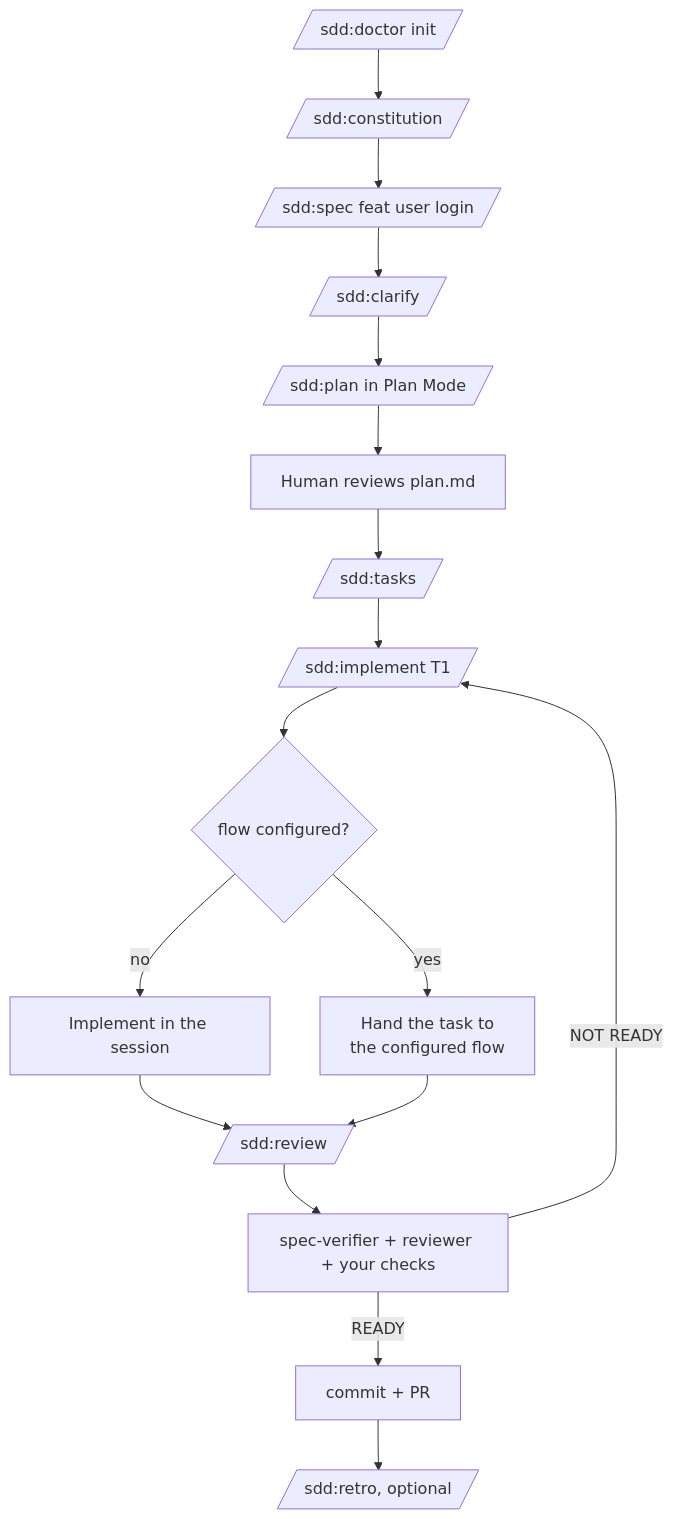
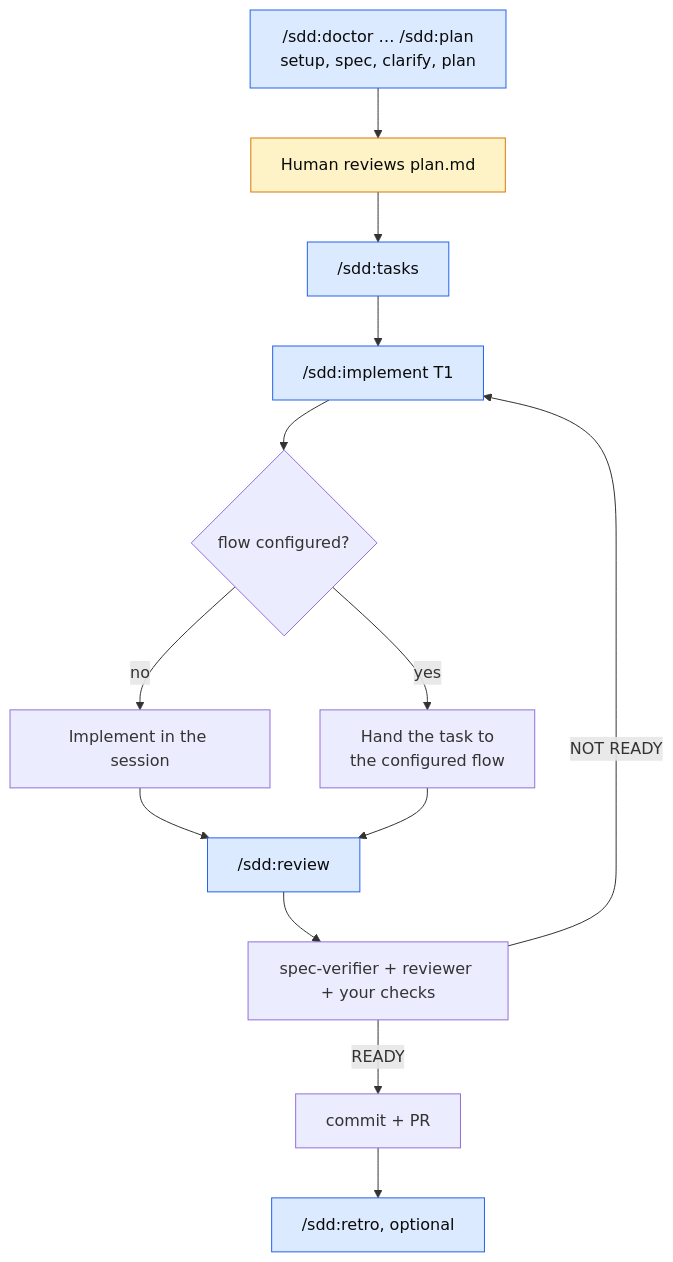
The first of 2 diagrams in docs/src/content/docs/concepts/workflow.mdx (JanSzewczyk/spec-driven-development), drawn with Mermaid before and after one commit. The commit also changed 6 other files, not shown here.

Commit message:
docs: replace status diagrams with a visual lifecycle component, fix flowchart labels

````diff
--- a/docs/src/content/docs/concepts/workflow.mdx
+++ b/docs/src/content/docs/concepts/workflow.mdx
@@ -11,19 +11,19 @@
 ```mermaid
 flowchart TD
-    A[/sdd:doctor init/] --> B[/sdd:constitution/]
-    B --> C[/sdd:spec feat user login/]
-    C --> D[/sdd:clarify/]
-    D --> E[/sdd:plan in Plan Mode/]
-    E --> F[Human reviews plan.md]
-    F --> G[/sdd:tasks/]
-    G --> H[/sdd:implement T1/]
+    S["/sdd:doctor … /sdd:plan<br/>setup, spec, clarify, plan"] --> F[Human reviews plan.md]
+    F --> G["/sdd:tasks"]
+    G --> H["/sdd:implement T1"]
     H --> I{flow configured?}
     I -->|yes| K[Hand the task to<br/>the configured flow]
     I -->|no| J[Implement in the session]
-    J --> M[/sdd:review/]
+    J --> M["/sdd:review"]
     K --> M
     M --> P[spec-verifier + reviewer + your checks]
     P -->|READY| Q[commit + PR]
-    Q --> R[/sdd:retro, optional/]
+    Q --> R["/sdd:retro, optional"]
     P -->|NOT READY| H
+    classDef cmd fill:#dbeafe,stroke:#2563eb,color:#0a0a0a
+    classDef human fill:#fef3c7,stroke:#d97706,color:#0a0a0a
+    class S,G,H,M,R cmd
+    class F human
 ```
````
